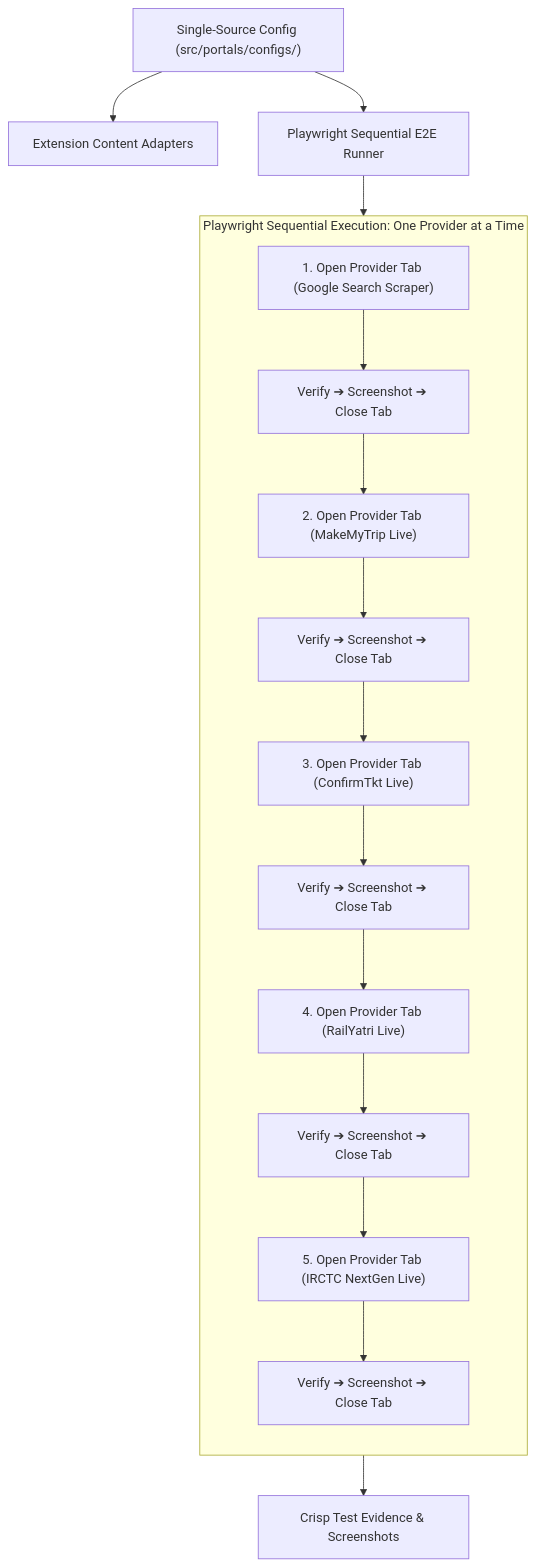
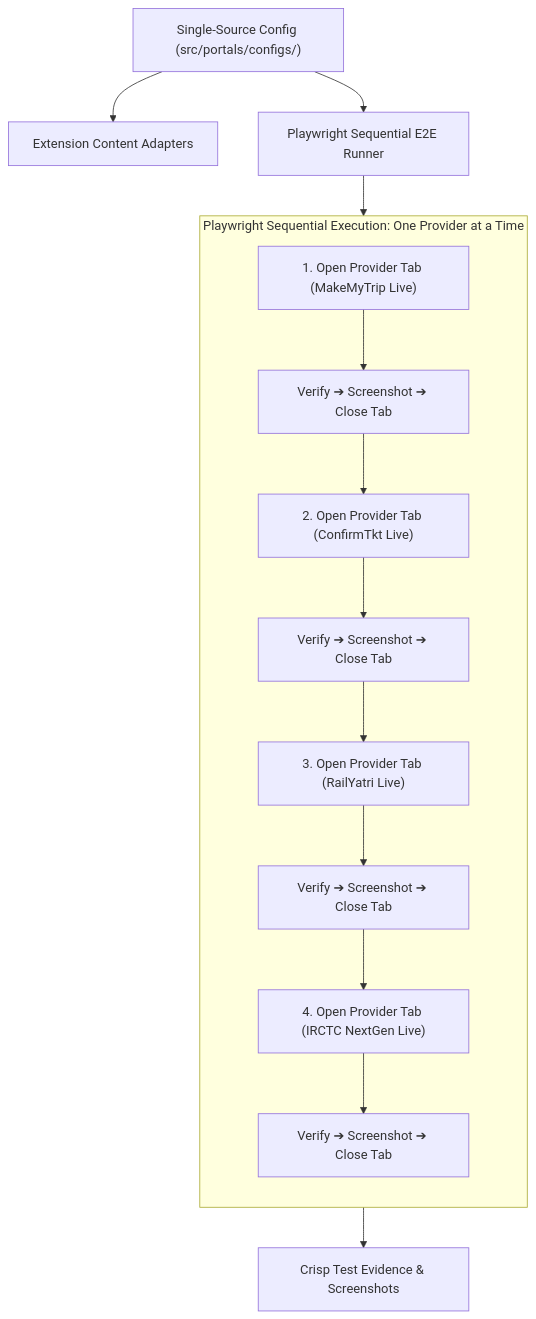
The second of 2 diagrams in README.md (RajdipGhosh99/irctc-live-delay-extension), drawn with Mermaid before and after one commit. The commit also changed other lines of this file and 7 other files, not shown here.

Commit message:
refactor(e2e): remove Google search scraper and focus on the 4 real booking providers

````diff
--- a/README.md
+++ b/README.md
@@ -123,17 +123,16 @@
 ```mermaid
 flowchart TD
     Config["Single-Source Config (src/portals/configs/)"] --> Runtime["Extension Content Adapters"]
     Config --> Playwright["Playwright Sequential E2E Runner"]
     
     subgraph SequentialFlow [Playwright Sequential Execution: One Provider at a Time]
         direction TB
-        S1["1. Open Provider Tab (Google Search Scraper)"] --> V1["Verify ➔ Screenshot ➔ Close Tab"]
-        V1 --> S2["2. Open Provider Tab (MakeMyTrip Live)"] --> V2["Verify ➔ Screenshot ➔ Close Tab"]
-        V2 --> S3["3. Open Provider Tab (ConfirmTkt Live)"] --> V3["Verify ➔ Screenshot ➔ Close Tab"]
-        V3 --> S4["4. Open Provider Tab (RailYatri Live)"] --> V4["Verify ➔ Screenshot ➔ Close Tab"]
-        V4 --> S5["5. Open Provider Tab (IRCTC NextGen Live)"] --> V5["Verify ➔ Screenshot ➔ Close Tab"]
+        S1["1. Open Provider Tab (MakeMyTrip Live)"] --> V1["Verify ➔ Screenshot ➔ Close Tab"]
+        V1 --> S2["2. Open Provider Tab (ConfirmTkt Live)"] --> V2["Verify ➔ Screenshot ➔ Close Tab"]
+        V2 --> S3["3. Open Provider Tab (RailYatri Live)"] --> V3["Verify ➔ Screenshot ➔ Close Tab"]
+        V3 --> S4["4. Open Provider Tab (IRCTC NextGen Live)"] --> V4["Verify ➔ Screenshot ➔ Close Tab"]
     end
     
     Playwright --> SequentialFlow
     SequentialFlow --> Evidence["Crisp Test Evidence & Screenshots"]
 ```
````
